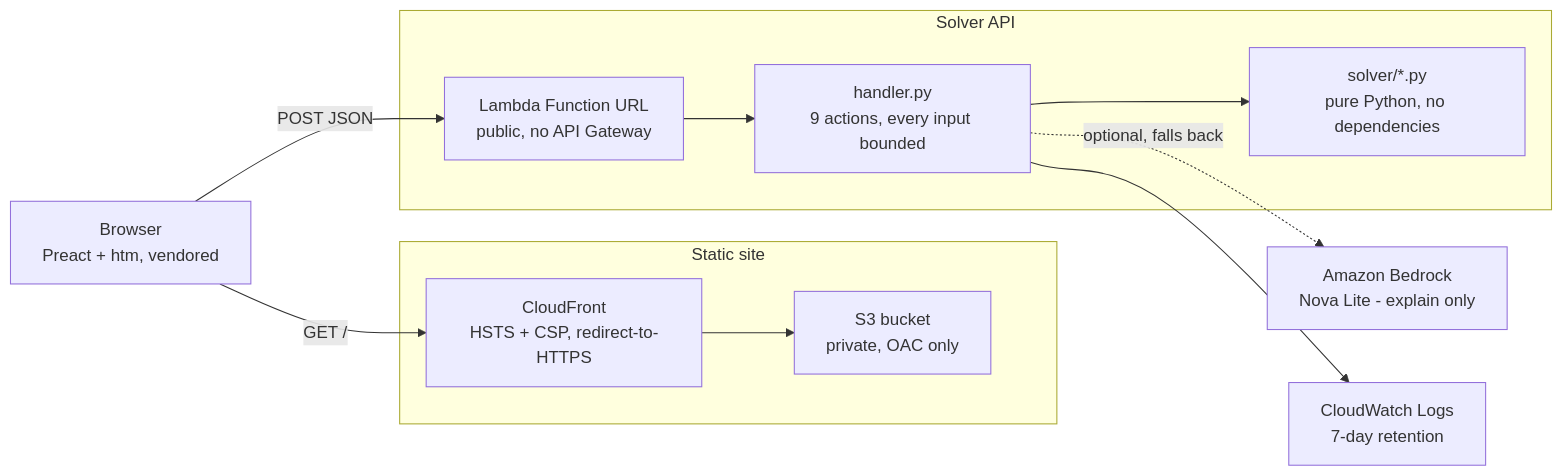
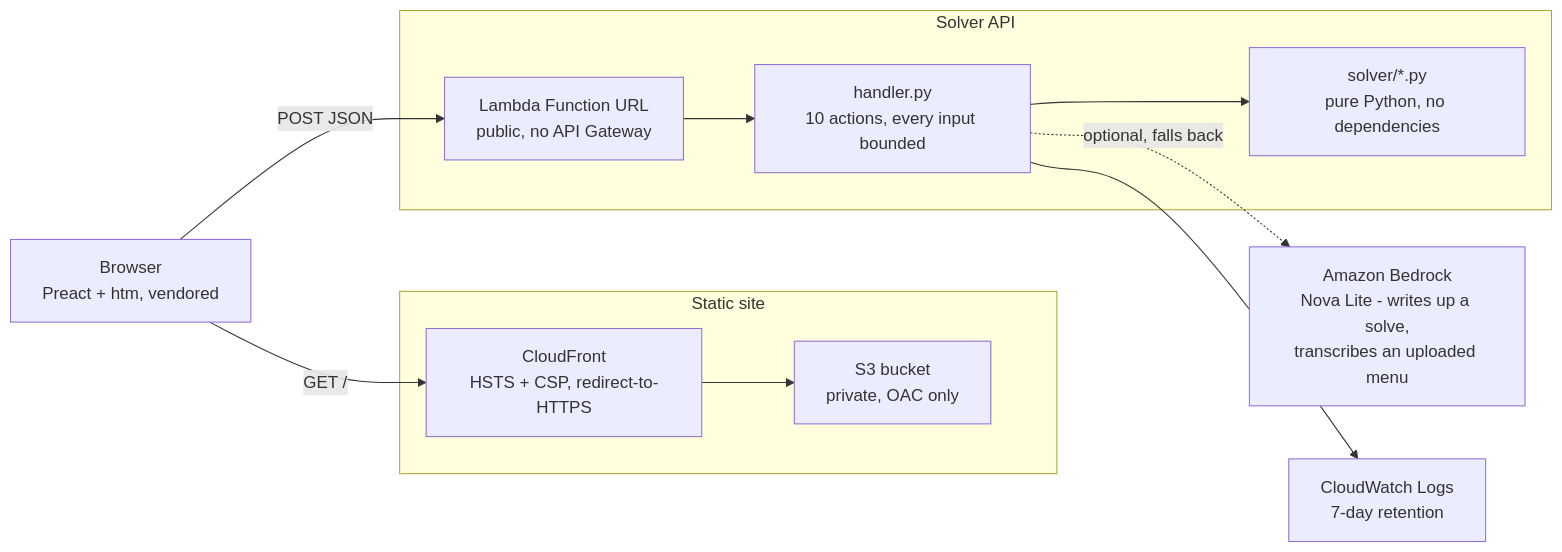
Before and after one commit to Sarcastic-Soul/PlateGap: the first of 2 diagrams in README.md, drawn with Mermaid. The commit also changed other lines of this file and 17 other files, not shown here.

````diff
--- a/README.md
+++ b/README.md
@@ -119,23 +121,23 @@
 ```mermaid
 flowchart LR
     B["Browser<br/>Preact + htm, vendored"]
 
     subgraph site["Static site"]
       CF["CloudFront<br/>HSTS + CSP, redirect-to-HTTPS"]
       S3["S3 bucket<br/>private, OAC only"]
     end
 
     subgraph api["Solver API"]
       FU["Lambda Function URL<br/>public, no API Gateway"]
-      H["handler.py<br/>9 actions, every input bounded"]
+      H["handler.py<br/>10 actions, every input bounded"]
       SOLVER["solver/*.py<br/>pure Python, no dependencies"]
     end
 
-    BR["Amazon Bedrock<br/>Nova Lite - explain only"]
+    BR["Amazon Bedrock<br/>Nova Lite - writes up a solve,<br/>transcribes an uploaded menu"]
     CW["CloudWatch Logs<br/>7-day retention"]
 
     B -->|"GET /"| CF --> S3
     B -->|"POST JSON"| FU --> H --> SOLVER
     H -.->|"optional, falls back"| BR
     H --> CW
 ```
````
